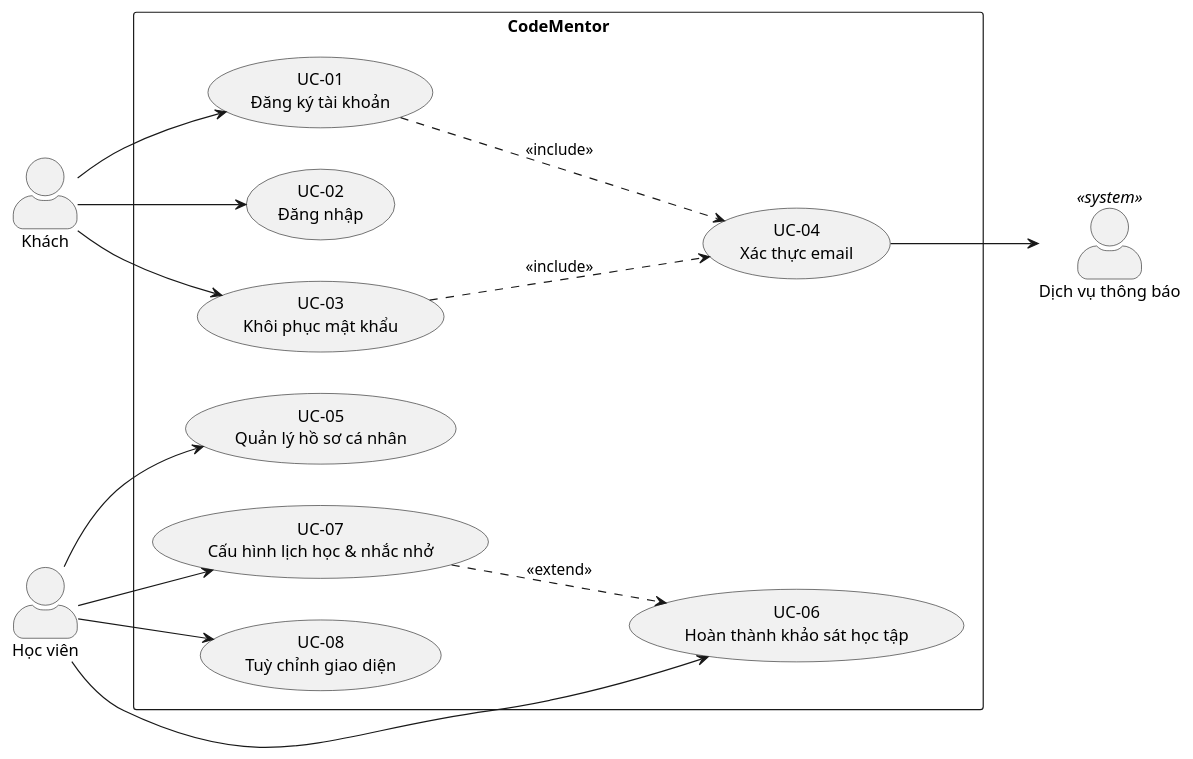
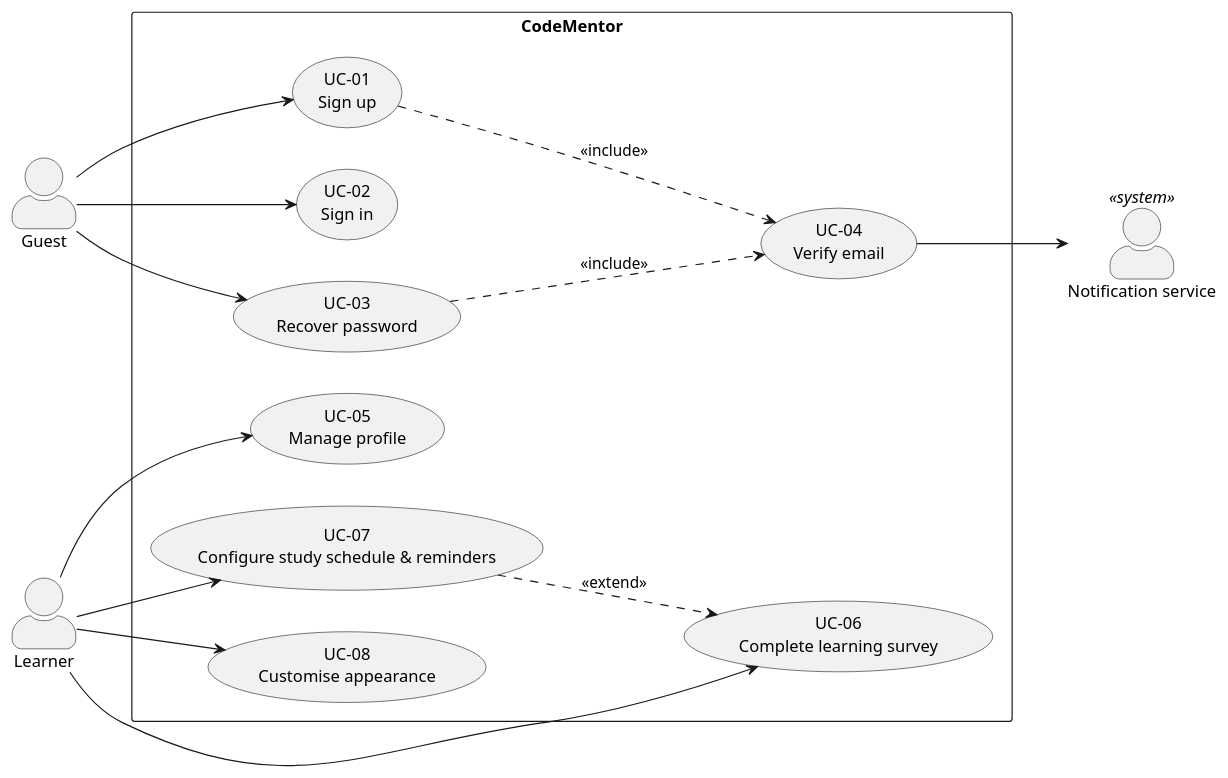
The second of 10 diagrams in docs/07-use-case-model.md (codementor-official/codementor-infra), drawn with PlantUML before and after one commit. The commit also changed other lines of this file and 16 other files, not shown here.

First line of the commit message:
docs: English README, use-case docs and diagrams

````diff
--- a/docs/07-use-case-model.md
+++ b/docs/07-use-case-model.md
@@ -101,36 +103,36 @@
 ```plantuml
 @startuml p1-account
 left to right direction
 skinparam actorStyle awesome
 
-actor "Khách" as Guest
-actor "Học viên" as Learner
+actor "Guest" as Guest
+actor "Learner" as Learner
 
 rectangle "CodeMentor" {
-  usecase "UC-01\nĐăng ký tài khoản" as UC01
-  usecase "UC-02\nĐăng nhập" as UC02
-  usecase "UC-03\nKhôi phục mật khẩu" as UC03
-  usecase "UC-04\nXác thực email" as UC04
-  usecase "UC-05\nQuản lý hồ sơ cá nhân" as UC05
-  usecase "UC-06\nHoàn thành khảo sát học tập" as UC06
-  usecase "UC-07\nCấu hình lịch học & nhắc nhở" as UC07
-  usecase "UC-08\nTuỳ chỉnh giao diện" as UC08
+  usecase "UC-01\nSign up" as UC01
+  usecase "UC-02\nSign in" as UC02
+  usecase "UC-03\nRecover password" as UC03
+  usecase "UC-04\nVerify email" as UC04
+  usecase "UC-05\nManage profile" as UC05
+  usecase "UC-06\nComplete learning survey" as UC06
+  usecase "UC-07\nConfigure study schedule & reminders" as UC07
+  usecase "UC-08\nCustomise appearance" as UC08
 
   UC01 ..> UC04 : <<include>>
   UC03 ..> UC04 : <<include>>
   UC07 ..> UC06 : <<extend>>
 }
 
-actor "Dịch vụ thông báo" as Notify <<system>>
+actor "Notification service" as Notify <<system>>
 
 Guest --> UC01
 Guest --> UC02
 Guest --> UC03
 Learner --> UC05
 Learner --> UC08
 Learner --> UC06
 Learner --> UC07
 
 UC04 --> Notify
 @enduml
 ```
````
